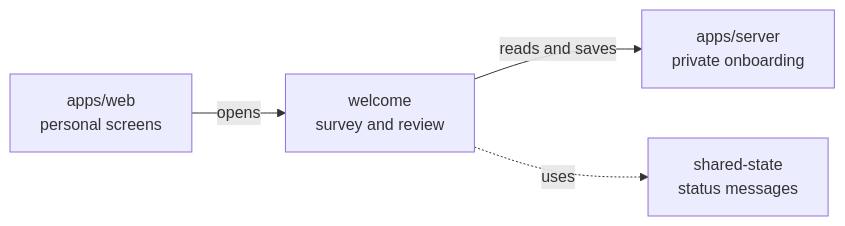
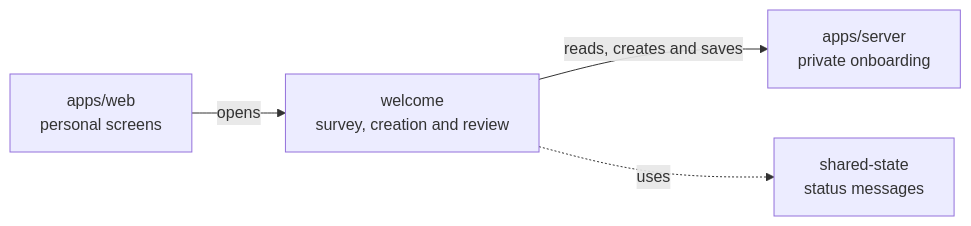
The diagram in apps/web/src/app/welcome/README.md (elewa-git/opencrane-new), drawn with Mermaid before and after one commit. The commit also changed other lines of this file and 11 other files, not shown here.

````diff
--- a/apps/web/src/app/welcome/README.md
+++ b/apps/web/src/app/welcome/README.md
@@ -13,6 +13,6 @@
 ```mermaid
 flowchart LR
-  web["apps/web<br/>personal screens"] -->|opens| welcome["welcome<br/>survey and review"]
-  welcome -->|reads and saves| server["apps/server<br/>private onboarding"]
+  web["apps/web<br/>personal screens"] -->|opens| welcome["welcome<br/>survey, creation and review"]
+  welcome -->|reads, creates and saves| server["apps/server<br/>private onboarding"]
   welcome -.->|uses| state["shared-state<br/>status messages"]
 ```
````
